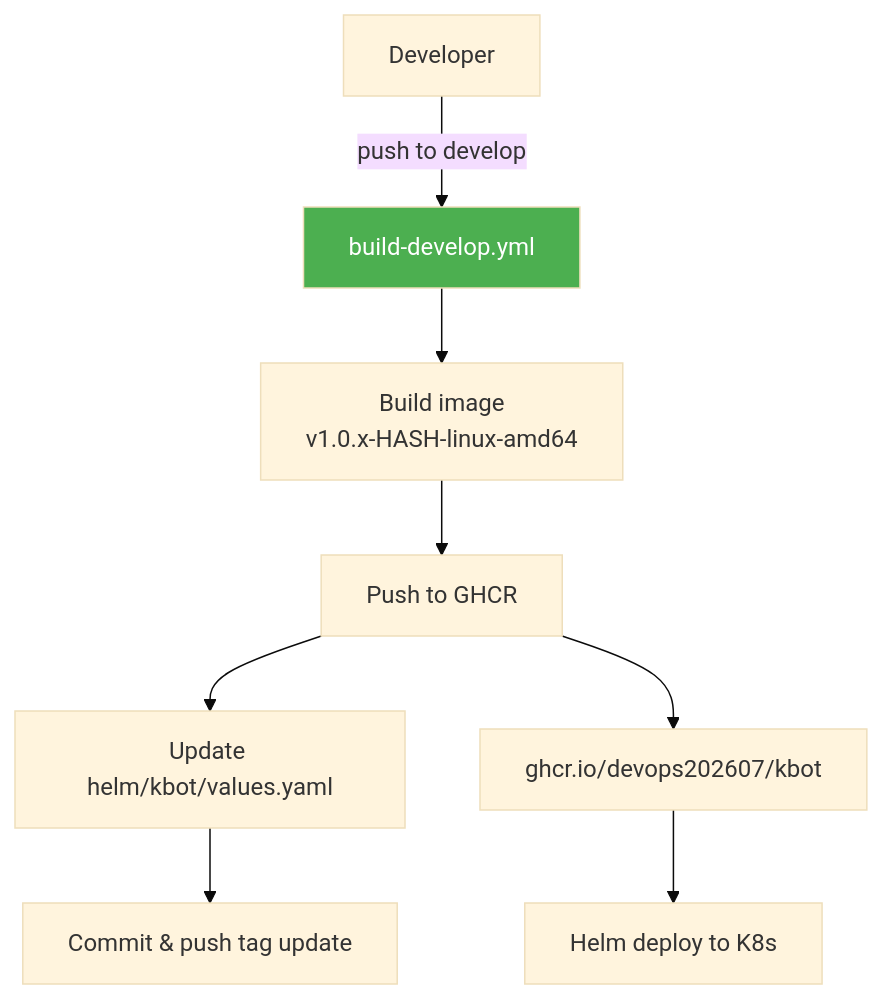
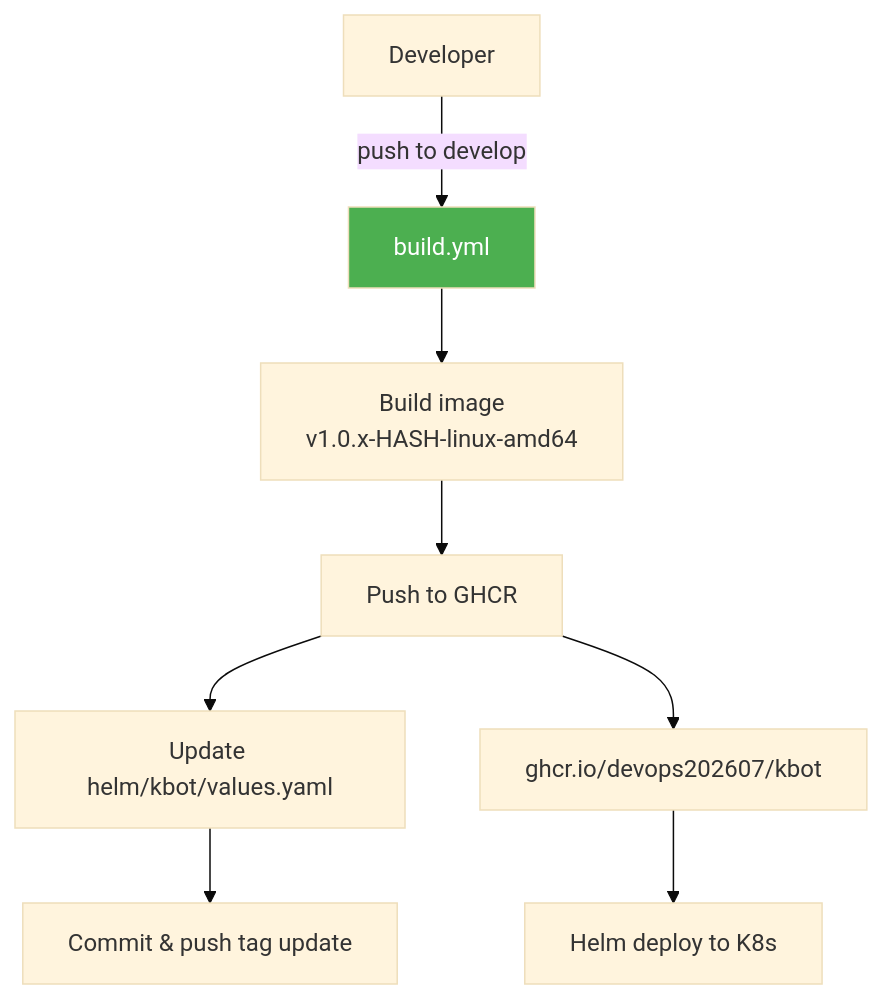
The diagram in README.md (devops202607/kbot), drawn with Mermaid (base theme) before and after one commit. The commit also changed 1 other file, not shown here.

Commit message:
chore: rename workflow to build.yml

````diff
--- a/README.md
+++ b/README.md
@@ -13,14 +13,14 @@
 ```mermaid
 flowchart TD
-    A[Developer] -->|push to develop| B[build-develop.yml]
+    A[Developer] -->|push to develop| B[build.yml]
 
     B --> C[Build image<br/>v1.0.x-HASH-linux-amd64]
     C --> D[Push to GHCR]
     D --> E[Update helm/kbot/values.yaml]
     E --> F[Commit & push tag update]
 
     D --> G[ghcr.io/devops202607/kbot]
     G --> H[Helm deploy to K8s]
 
     style B fill:#4caf50,color:#fff
 ```
````
